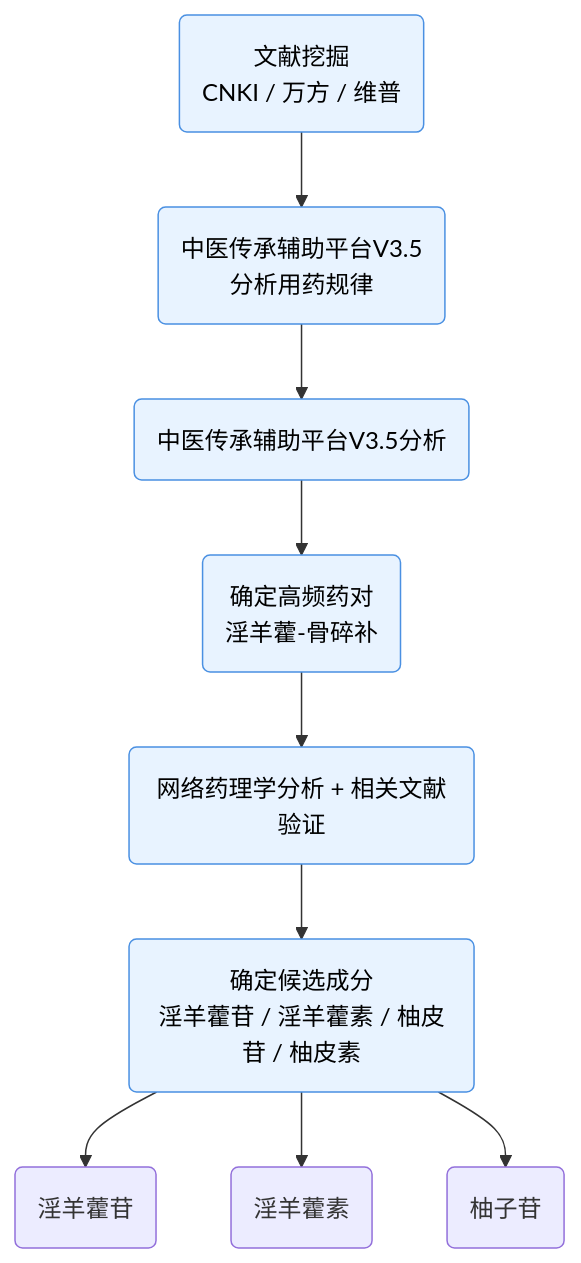
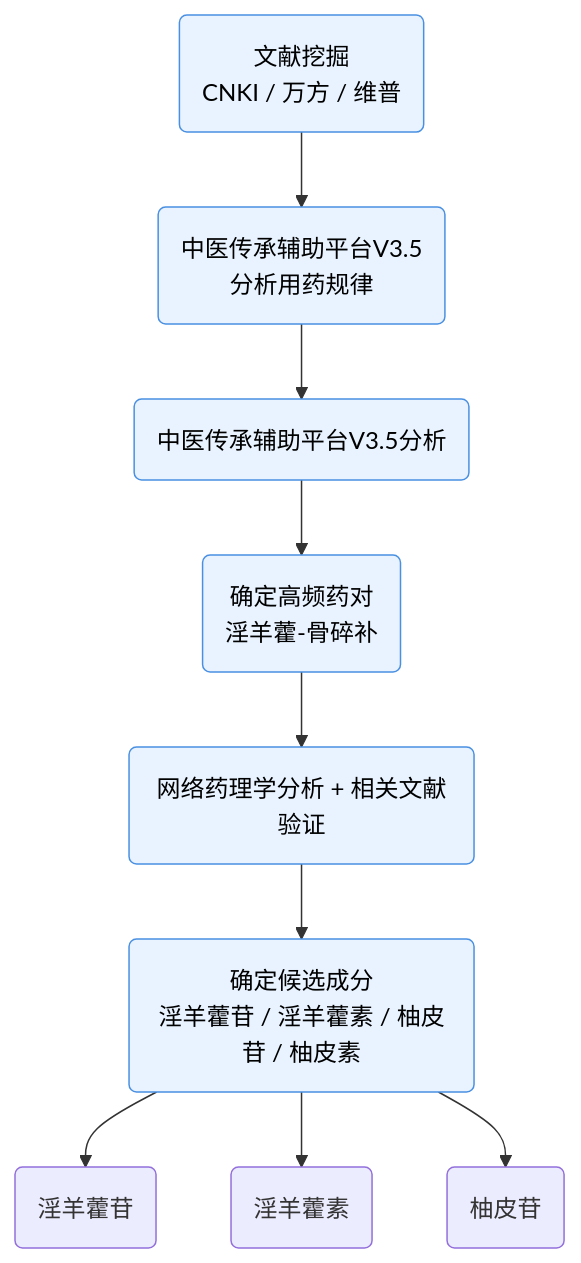
The diagram in all/未命名-1.md (Yaotian99/iodraw-files), drawn with Mermaid before and after one commit.

Commit message:
2026-06-24 09:04:40 update

````diff
--- a/all/未命名-1.md
+++ b/all/未命名-1.md
@@ -1,21 +1,22 @@
 ```mermaid
 graph TD
 
 A1(文献挖掘<br/>CNKI / 万方 / 维普) --> A2(中医传承辅助平台V3.5<br/>分析用药规律)
 A2 --> A3(中医传承辅助平台V3.5分析)
 A3 --> A4(确定高频药对<br/>淫羊藿-骨碎补)
 A4 --> A5(网络药理学分析 + 相关文献验证)
 A5 --> A6(确定候选成分<br/>淫羊藿苷 / 淫羊藿素 / 柚皮苷 / 柚皮素)
 A6 --> A71(淫羊藿苷)
 A6 --> A72(淫羊藿素)
-A6 --> A73(柚子苷)
+A6 --> A73(柚皮苷)
+
 
 classDef basis fill:#E8F3FF,stroke:#4A90E2,stroke-width:1px,color:#000;
 classDef network fill:#EAF8EF,stroke:#43A047,stroke-width:1px,color:#000;
 classDef result fill:#FFECEC,stroke:#E53935,stroke-width:1px,color:#000;
 
 class A1,A2,A3,A4,A5,A6 basis;
 class B1,B2,B3,B4,B5,B6 network;
 class C1,C2,C3 result;
   
 ```
````
